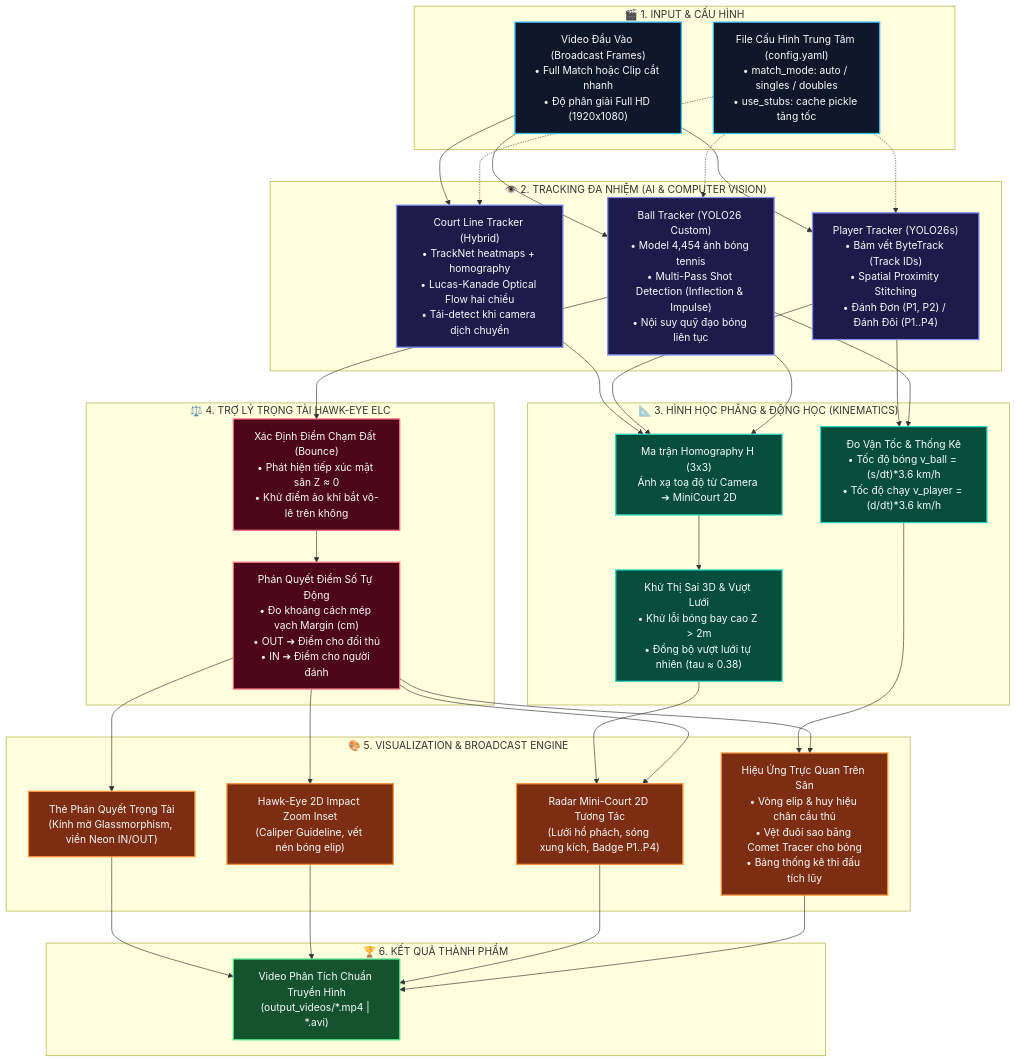
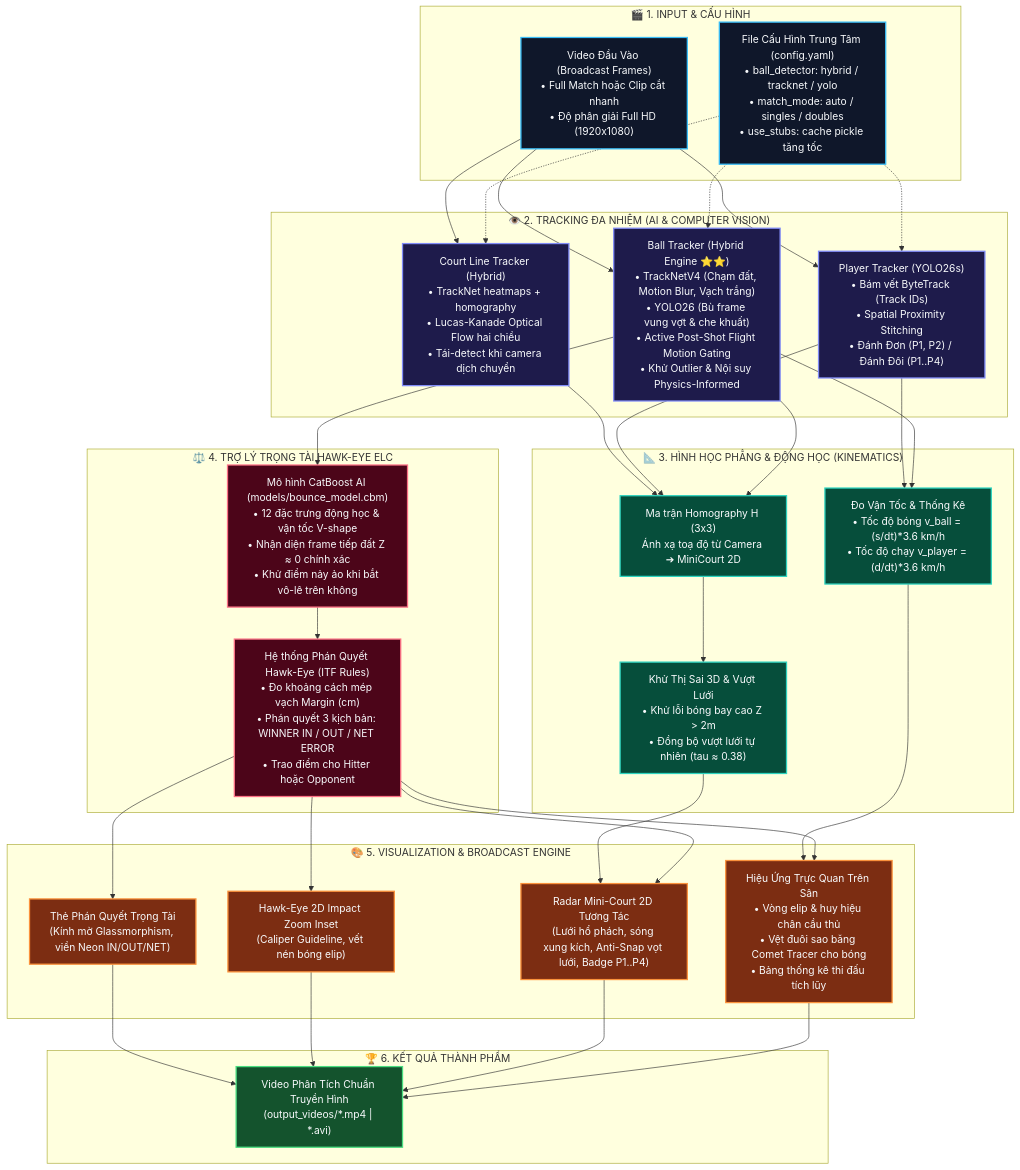
One commit to LongsoftwareAI/tennis_analysis-main changed the diagram in README.md. Above: the diagram before and after it, drawn with Mermaid. The commit also changed other lines of this file, not shown here.

Commit message:
docs: update pipeline architecture diagram with hybrid ball engine and CatBoost ELC model

````diff
--- a/README.md
+++ b/README.md
@@ -61,59 +61,59 @@
 ```mermaid
 flowchart TD
     %% Class Styles
     classDef inputStyle fill:#0f172a,stroke:#38bdf8,stroke-width:2px,color:#f8fafc;
     classDef visionStyle fill:#1e1b4b,stroke:#818cf8,stroke-width:2px,color:#f8fafc;
     classDef geoStyle fill:#064e3b,stroke:#2dd4bf,stroke-width:2px,color:#f8fafc;
     classDef refStyle fill:#4c0519,stroke:#fb7185,stroke-width:2px,color:#f8fafc;
     classDef drawStyle fill:#7c2d12,stroke:#fb923c,stroke-width:2px,color:#f8fafc;
     classDef outStyle fill:#14532d,stroke:#4ade80,stroke-width:2px,color:#f8fafc;
 
     subgraph IN ["🎬 1. INPUT & CẤU HÌNH"]
         V_IN["Video Đầu Vào (Broadcast Frames)<br/>• Full Match hoặc Clip cắt nhanh<br/>• Độ phân giải Full HD (1920x1080)"]:::inputStyle
-        CFG["File Cấu Hình Trung Tâm (config.yaml)<br/>• match_mode: auto / singles / doubles<br/>• use_stubs: cache pickle tăng tốc"]:::inputStyle
+        CFG["File Cấu Hình Trung Tâm (config.yaml)<br/>• ball_detector: hybrid / tracknet / yolo<br/>• match_mode: auto / singles / doubles<br/>• use_stubs: cache pickle tăng tốc"]:::inputStyle
     end
 
     subgraph DETECT ["👁️ 2. TRACKING ĐA NHIỆM (AI & COMPUTER VISION)"]
         PT["Player Tracker (YOLO26s)<br/>• Bám vết ByteTrack (Track IDs)<br/>• Spatial Proximity Stitching<br/>• Đánh Đơn (P1, P2) / Đánh Đôi (P1..P4)"]:::visionStyle
-        BT["Ball Tracker (YOLO26 Custom)<br/>• Model 4,454 ảnh bóng tennis<br/>• Multi-Pass Shot Detection (Inflection & Impulse)<br/>• Nội suy quỹ đạo bóng liên tục"]:::visionStyle
+        BT["Ball Tracker (Hybrid Engine ⭐⭐)<br/>• TrackNetV4 (Chạm đất, Motion Blur, Vạch trắng)<br/>• YOLO26 (Bù frame vung vợt & che khuất)<br/>• Active Post-Shot Flight Motion Gating<br/>• Khử Outlier & Nội suy Physics-Informed"]:::visionStyle
         CT["Court Line Tracker (Hybrid)<br/>• TrackNet heatmaps + homography<br/>• Lucas-Kanade Optical Flow hai chiều<br/>• Tái-detect khi camera dịch chuyển"]:::visionStyle
     end
 
     subgraph GEO ["📐 3. HÌNH HỌC PHẲNG & ĐỘNG HỌC (KINEMATICS)"]
         HOMO["Ma trận Homography H (3x3)<br/>Ánh xạ toạ độ từ Camera ➔ MiniCourt 2D"]:::geoStyle
         PARALLAX["Khử Thị Sai 3D & Vượt Lưới<br/>• Khử lỗi bóng bay cao Z > 2m<br/>• Đồng bộ vượt lưới tự nhiên (tau ≈ 0.38)"]:::geoStyle
         STATS["Đo Vận Tốc & Thống Kê<br/>• Tốc độ bóng v_ball = (s/dt)*3.6 km/h<br/>• Tốc độ chạy v_player = (d/dt)*3.6 km/h"]:::geoStyle
     end
 
     subgraph REF ["⚖️ 4. TRỢ LÝ TRỌNG TÀI HAWK-EYE ELC"]
-        BOUNCE["Xác Định Điểm Chạm Đất (Bounce)<br/>• Phát hiện tiếp xúc mặt sân Z ≈ 0<br/>• Khử điểm ảo khi bắt vô-lê trên không"]:::refStyle
-        DECISION["Phán Quyết Điểm Số Tự Động<br/>• Đo khoảng cách mép vạch Margin (cm)<br/>• OUT ➔ Điểm cho đối thủ<br/>• IN ➔ Điểm cho người đánh"]:::refStyle
+        BOUNCE["Mô hình CatBoost AI (models/bounce_model.cbm)<br/>• 12 đặc trưng động học & vận tốc V-shape<br/>• Nhận diện frame tiếp đất Z ≈ 0 chính xác<br/>• Khử điểm nảy ảo khi bắt vô-lê trên không"]:::refStyle
+        DECISION["Hệ thống Phán Quyết Hawk-Eye (ITF Rules)<br/>• Đo khoảng cách mép vạch Margin (cm)<br/>• Phán quyết 3 kịch bản: WINNER IN / OUT / NET ERROR<br/>• Trao điểm cho Hitter hoặc Opponent"]:::refStyle
     end
 
     subgraph RENDER ["🎨 5. VISUALIZATION & BROADCAST ENGINE"]
-        CARD["Thẻ Phán Quyết Trọng Tài<br/>(Kính mờ Glassmorphism, viền Neon IN/OUT)"]:::drawStyle
+        CARD["Thẻ Phán Quyết Trọng Tài<br/>(Kính mờ Glassmorphism, viền Neon IN/OUT/NET)"]:::drawStyle
         ZOOM["Hawk-Eye 2D Impact Zoom Inset<br/>(Caliper Guideline, vết nén bóng elip)"]:::drawStyle
-        MINI["Radar Mini-Court 2D Tương Tác<br/>(Lưới hổ phách, sóng xung kích, Badge P1..P4)"]:::drawStyle
+        MINI["Radar Mini-Court 2D Tương Tác<br/>(Lưới hổ phách, sóng xung kích, Anti-Snap vọt lưới, Badge P1..P4)"]:::drawStyle
         OVERLAY["Hiệu Ứng Trực Quan Trên Sân<br/>• Vòng elip & huy hiệu chân cầu thủ<br/>• Vệt đuôi sao băng Comet Tracer cho bóng<br/>• Bảng thống kê thi đấu tích lũy"]:::drawStyle
     end
 
     subgraph OUT ["🏆 6. KẾT QUẢ THÀNH PHẨM"]
         V_OUT["Video Phân Tích Chuẩn Truyền Hình<br/>(output_videos/*.mp4 | *.avi)"]:::outStyle
     end
 
     V_IN --> PT & BT & CT
     CFG -.-> PT & BT & CT
 
     CT --> HOMO
     PT --> HOMO & STATS
     BT --> HOMO & STATS & BOUNCE
 
     HOMO --> PARALLAX
     PARALLAX --> MINI
     STATS --> OVERLAY
 
     BOUNCE --> DECISION
     DECISION --> CARD & ZOOM & MINI & OVERLAY
 
     CARD & ZOOM & MINI & OVERLAY --> V_OUT
 ```
````
